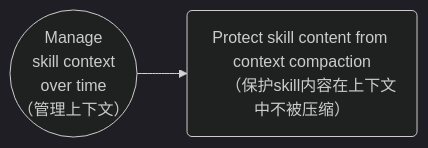
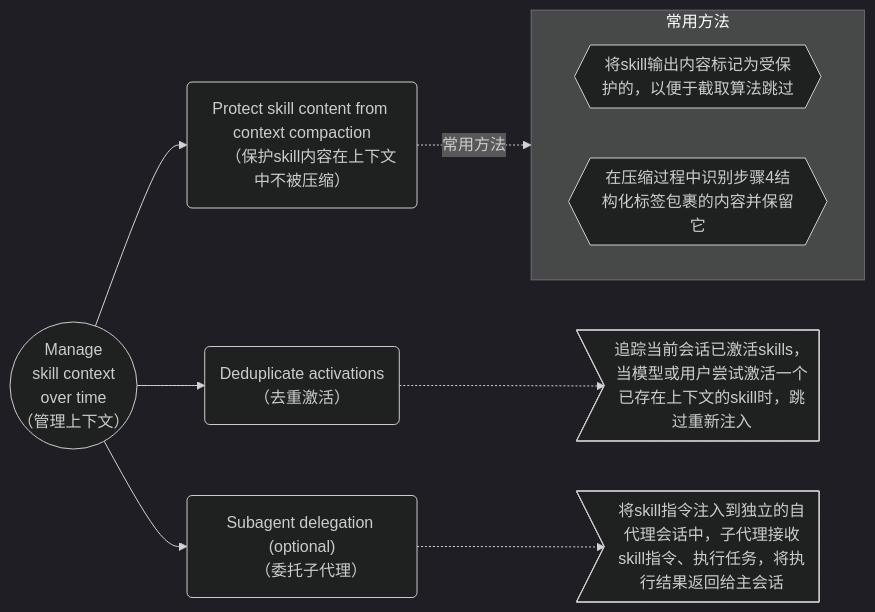
One commit to 290044632/bookmark changed the fifth of 5 diagrams in AI/Skill_support.md. Above: the diagram before and after it, drawn with Mermaid (dark theme).

Commit message:
更新skill文档

````diff
--- a/AI/Skill_support.md
+++ b/AI/Skill_support.md
@@ -152,11 +152,23 @@
 ```mermaid
 flowchart LR
     A(("Manage 
     skill context
     over time
     （管理上下文）"))
     A-->A1("Protect skill content from context compaction
     （保护skill内容在上下文中不被压缩）")
-        
+       subgraph A11["常用方法"]
+            direction LR
+           A111{{"将skill输出内容标记为受保护的，以便于截取算法跳过"}}
+           A112{{"在压缩过程中识别步骤4结构化标签包裹的内容并保留它"}}
+       end 
+       A1-.->|常用方法|A11
+       
+    A-->A2("Deduplicate activations
+    （去重激活）")   
+    A2-.->A21>"追踪当前会话已激活skills，当模型或用户尝试激活一个已存在上下文的skill时，跳过重新注入"]
 
+    A-->A3("Subagent delegation (optional)
+    （委托子代理）")
+    A3-.->A31>"将skill指令注入到独立的自代理会话中，子代理接收skill指令、执行任务，将执行结果返回给主会话"]
 ```
````
